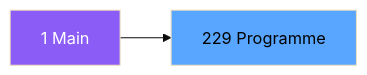
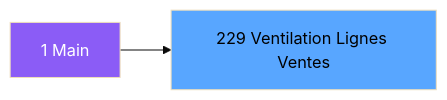
The second of 3 diagrams in .openspec/specs/ADH-IDE-229.md (thonyAGP/magic-migration), drawn with Mermaid (base theme) before and after one commit. The commit also changed other lines of this file and 323 other files, not shown here.

````diff
--- a/.openspec/specs/ADH-IDE-229.md
+++ b/.openspec/specs/ADH-IDE-229.md
@@ -100,8 +108,8 @@
 ```mermaid
 graph LR
     M[1 Main]
-    T[229 Programme]
+    T[229 Ventilation Lignes Ventes]
     M --> T
     style M fill:#8b5cf6,color:#fff
     style T fill:#58a6ff,color:#000
 ```
````
